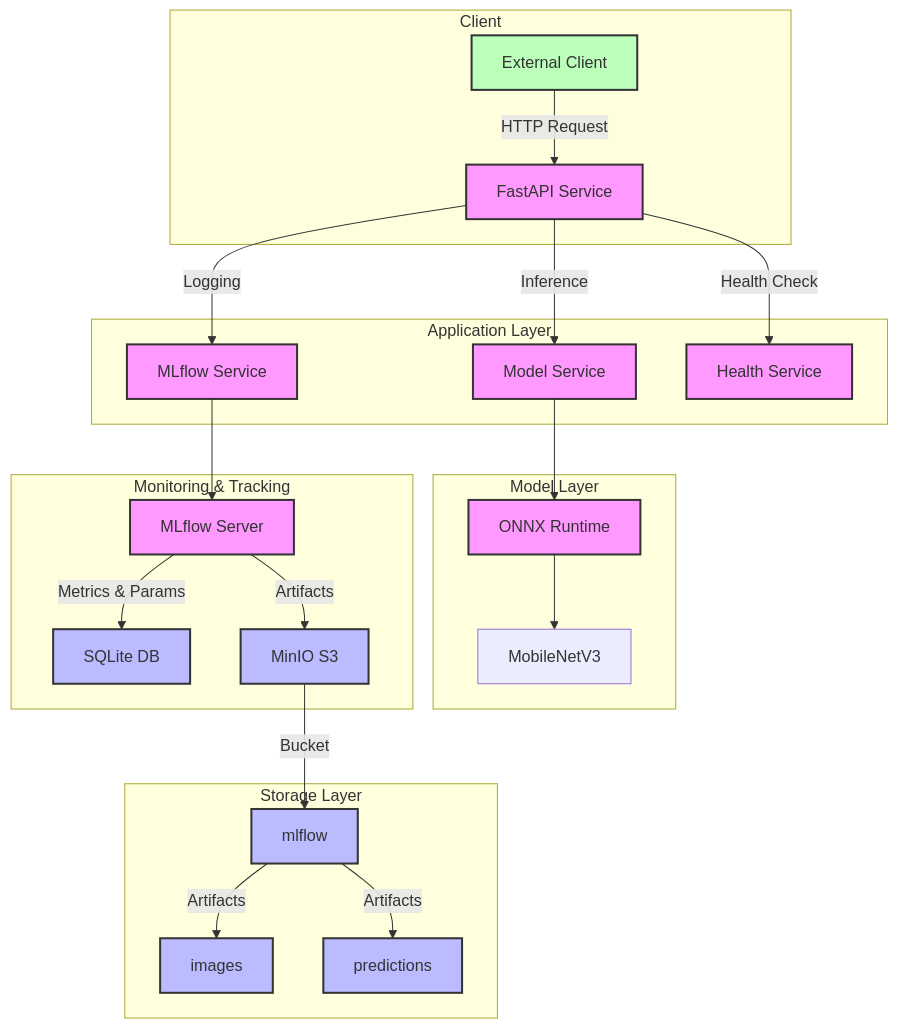
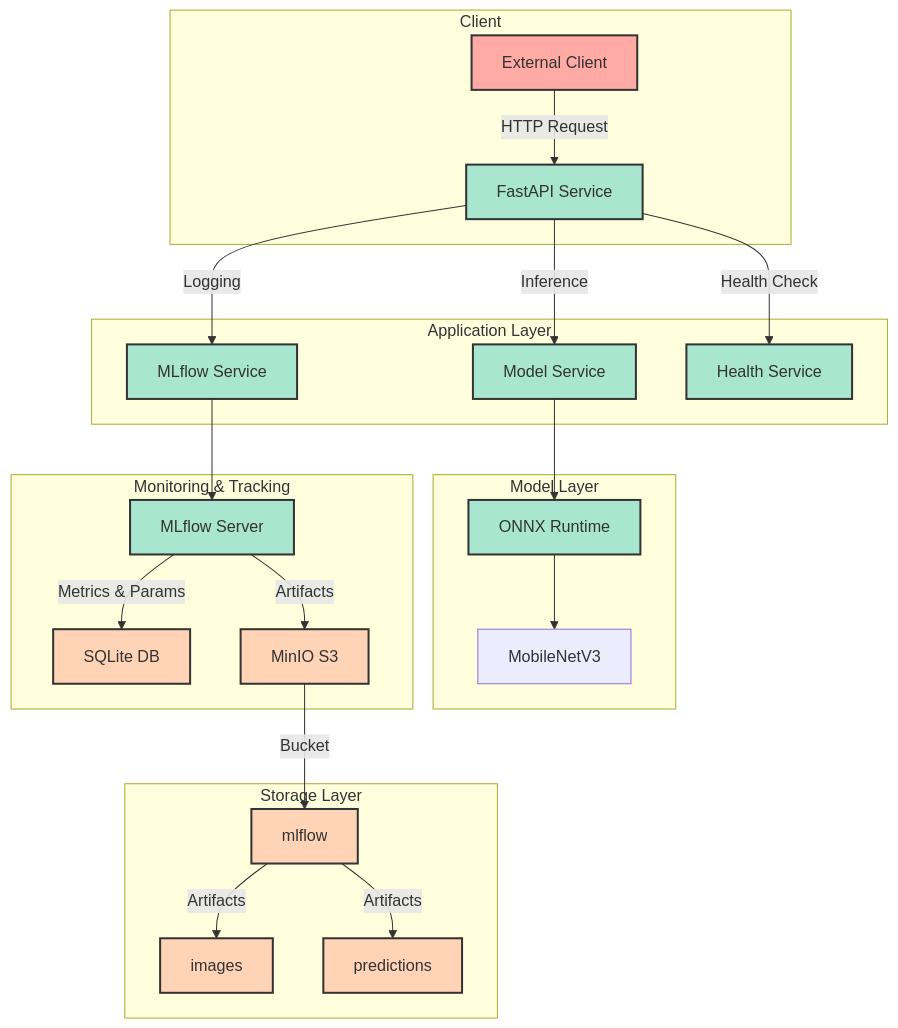
One commit to genii01/mlflow_test changed the diagram in README.md. Above: the diagram before and after it, drawn with Mermaid.

Commit message:
mermaid block color modi

````diff
--- a/README.md
+++ b/README.md
@@ -30,31 +30,31 @@
 ```mermaid
 graph TB
 subgraph Client
 A[External Client] --> |HTTP Request| B[FastAPI Service]
 end
 subgraph Application Layer
 B --> |Inference| C[Model Service]
 B --> |Logging| D[MLflow Service]
 B --> |Health Check| E[Health Service]
 end
 subgraph Model Layer
 C --> F[ONNX Runtime]
 F --> G[MobileNetV3]
 end
 subgraph Monitoring & Tracking
 D --> H[MLflow Server]
 H --> |Metrics & Params| I[SQLite DB]
 H --> |Artifacts| J[MinIO S3]
 end
 subgraph Storage Layer
 J --> |Bucket| K[mlflow]
 K --> |Artifacts| L[images]
 K --> |Artifacts| M[predictions]
 end
-classDef service fill:#f9f,stroke:#333,stroke-width:2px
-classDef storage fill:#bbf,stroke:#333,stroke-width:2px
-classDef client fill:#bfb,stroke:#333,stroke-width:2px
+classDef service fill:#a8e6cf,stroke:#333,stroke-width:2px
+classDef storage fill:#ffd3b6,stroke:#333,stroke-width:2px
+classDef client fill:#ffaaa5,stroke:#333,stroke-width:2px
 class A client
 class B,C,D,E,F,H service
 class I,J,K,L,M storage
 ```
````
